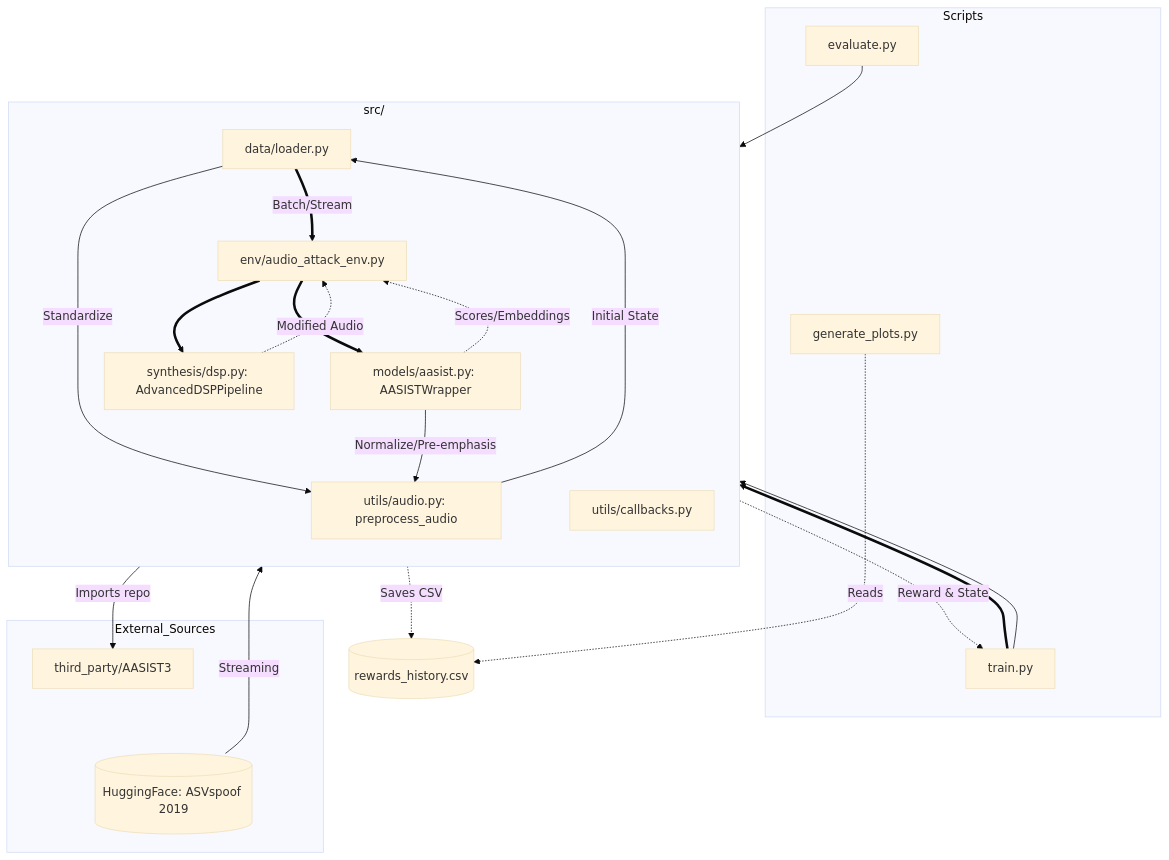
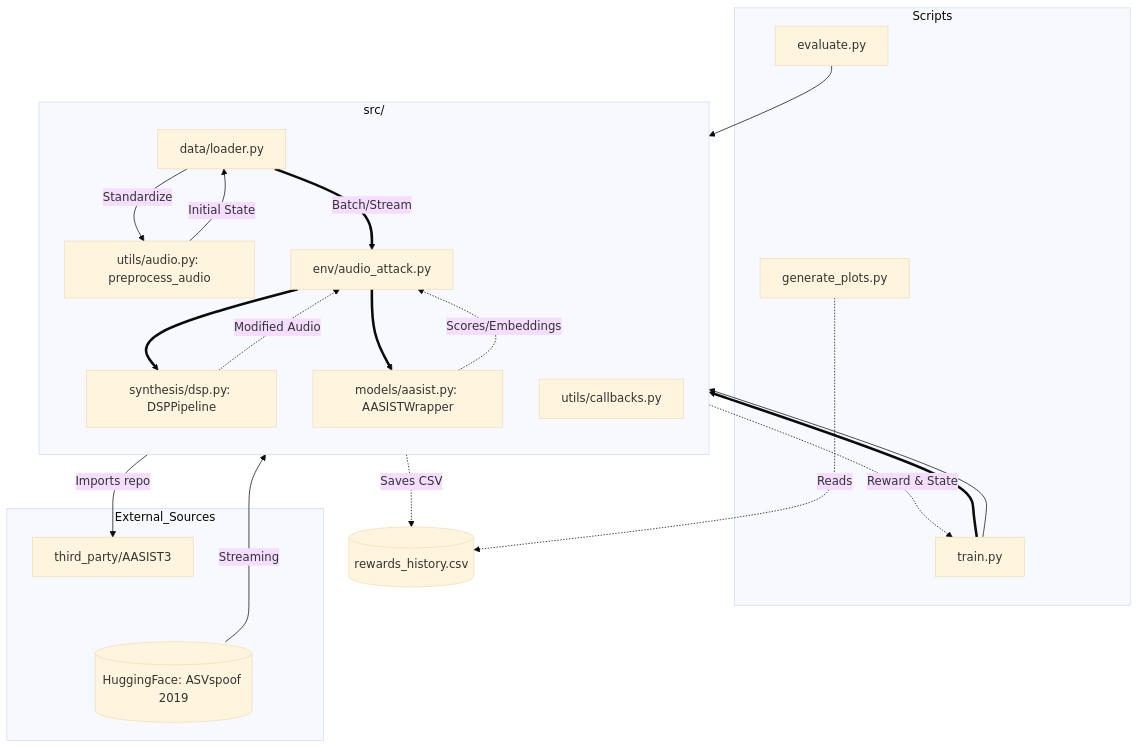
One commit to MLsound/KON-Artist changed the diagram in README.md. Above: the diagram before and after it, drawn with Mermaid (base theme). The commit also changed other lines of this file, not shown here.

````diff
--- a/README.md
+++ b/README.md
@@ -17,56 +17,55 @@
 ```mermaid
 graph TD
     subgraph Scripts
         T[train.py]
         L1[ ]
         style L1 fill:none,stroke:none
         E[evaluate.py]
         G[generate_plots.py]
     end
 
     subgraph Core_Library [src/]
         direction TB
         LDR[data/loader.py]
-        ENV[env/audio_attack_env.py]
-        DSP[synthesis/dsp.py: AdvancedDSPPipeline]
+        ENV[env/audio_attack.py]
+        DSP[synthesis/dsp.py: DSPPipeline]
         MDL[models/aasist.py: AASISTWrapper]
         AUD[utils/audio.py: preprocess_audio]
         UTL[utils/callbacks.py]
     end
 
     subgraph External_Sources
         TP[third_party/AASIST3]
         HF[(HuggingFace: ASVspoof 2019)]
     end
 
     %% Training Data Flow (Pipeline)
     HF -->|Streaming| LDR
     LDR -->|Standardize| AUD
     AUD -->|Initial State| LDR
     LDR ==>|Batch/Stream| ENV
     
     %% Training Logic
     T ==> ENV
     ENV ==> DSP
     ENV ==> MDL
     T --> UTL
     
     %% Inference & Utilities
-    MDL -->|Normalize/Pre-emphasis| AUD
     E --> MDL
     
     %% Data Persistence
     UTL -.->|Saves CSV| CSV[(rewards_history.csv)]
     G -.->|Reads| CSV
     
     %% Model Dependency
     MDL -->|Imports repo| TP
 
     %% Logic Description
     ENV -.->|Reward & State| T
     DSP -.->|Modified Audio| ENV
     MDL -.->|Scores/Embeddings| ENV
 
     %% Invisible links
     TP ~~~ HF
 ```
````
